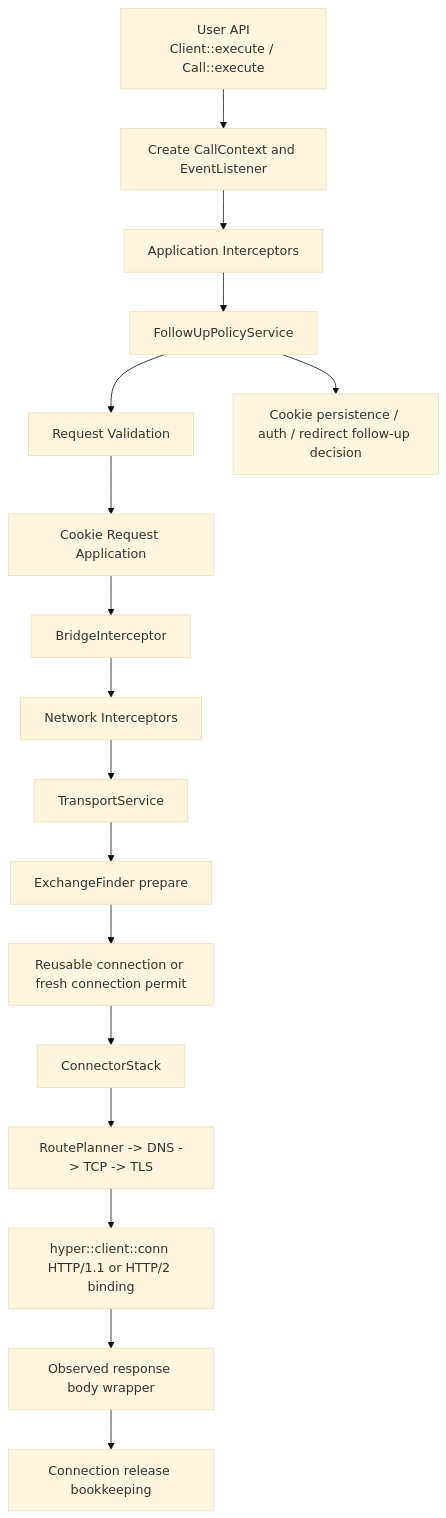
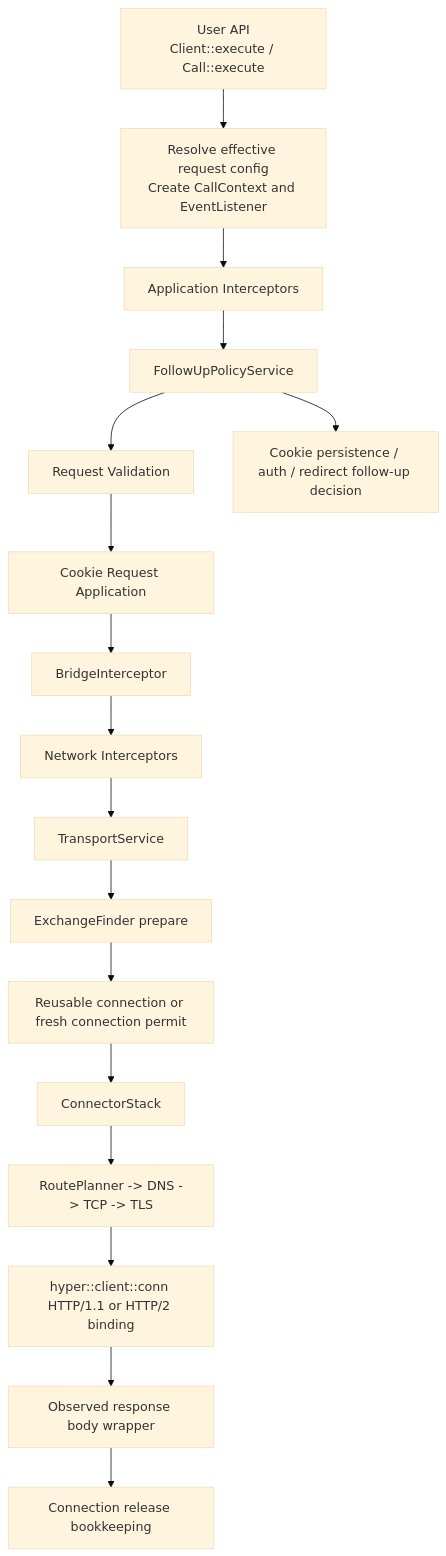
One commit to peterich-rs/openwire changed the second of 3 diagrams in docs/ARCHITECTURE.md. Above: the diagram before and after it, drawn with Mermaid (base theme). The commit also changed 8 other files, not shown here.

First line of the commit message:
Add request-scoped call configuration overrides (#22)

````diff
--- a/docs/ARCHITECTURE.md
+++ b/docs/ARCHITECTURE.md
@@ -56,19 +56,19 @@
 ```mermaid
 flowchart TD
-    A[User API<br/>Client::execute / Call::execute] --> B[Create CallContext and EventListener]
+    A[User API<br/>Client::execute / Call::execute] --> B[Resolve effective request config<br/>Create CallContext and EventListener]
     B --> C[Application Interceptors]
     C --> D[FollowUpPolicyService]
     D --> E[Request Validation]
     E --> F[Cookie Request Application]
     F --> G[BridgeInterceptor]
     G --> H[Network Interceptors]
     H --> I[TransportService]
     I --> J[ExchangeFinder prepare]
     J --> K[Reusable connection or fresh connection permit]
     K --> L[ConnectorStack]
     L --> M[RoutePlanner -> DNS -> TCP -> TLS]
     M --> N[hyper::client::conn HTTP/1.1 or HTTP/2 binding]
     N --> O[Observed response body wrapper]
     O --> P[Connection release bookkeeping]
     D --> Q[Cookie persistence / auth / redirect follow-up decision]
 ```
````
